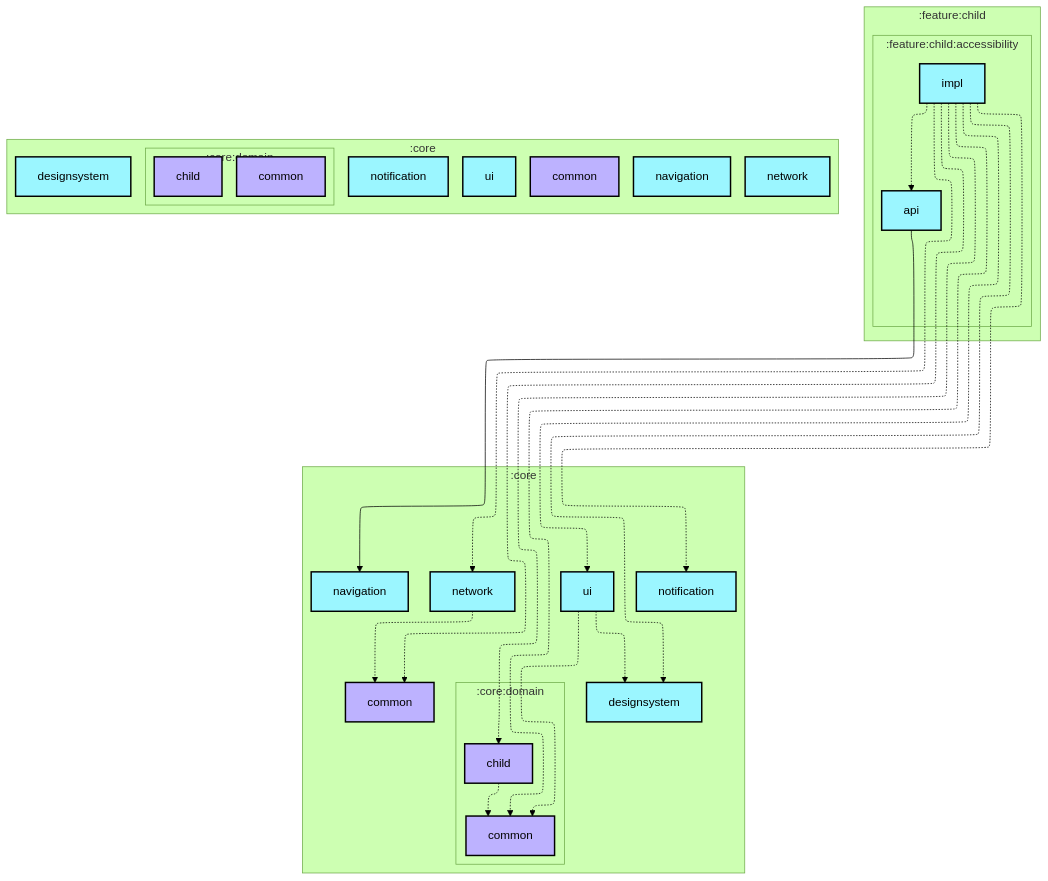
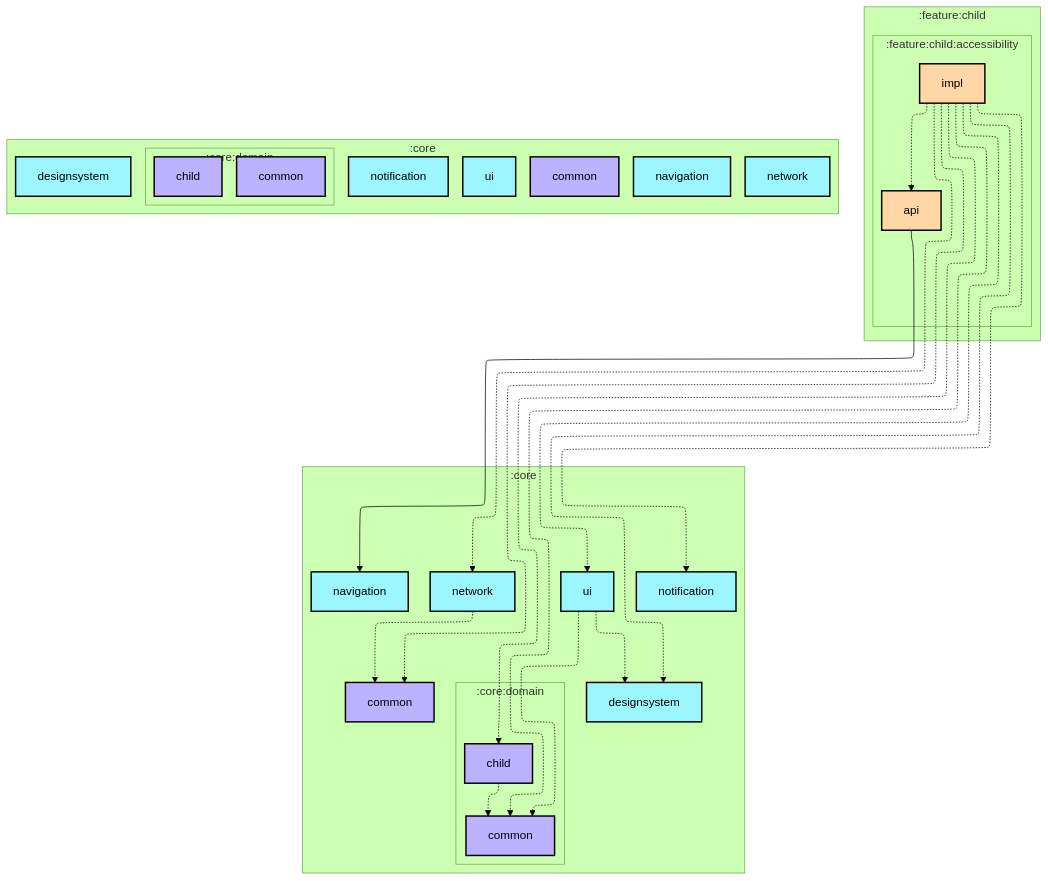
One commit to jadavchirag/jadavchirag changed the first of 2 diagrams in architecture/ParentalControlApps/feature/child/accessibility/impl/README.md. Above: the diagram before and after it, drawn with Mermaid (forest theme). The commit also changed 26 other files, not shown here.

Commit message:
fixed feature module colors in graphs

````diff
--- a/architecture/ParentalControlApps/feature/child/accessibility/impl/README.md
+++ b/architecture/ParentalControlApps/feature/child/accessibility/impl/README.md
@@ -6,55 +6,55 @@
 ```mermaid
 ---
 config:
   layout: elk
   elk:
     nodePlacementStrategy: SIMPLE
 ---
 graph TB
   subgraph :feature:child
     direction TB
     subgraph :feature:child:accessibility
       direction TB
-      :feature:child:accessibility:api[api]:::android-library
-      :feature:child:accessibility:impl[impl]:::android-library
+      :feature:child:accessibility:api[api]:::android-feature
+      :feature:child:accessibility:impl[impl]:::android-feature
     end
   end
   subgraph :core
     direction TB
     :core:common[common]:::jvm-library
     :core:designsystem[designsystem]:::android-library
     :core:navigation[navigation]:::android-library
     :core:network[network]:::android-library
     :core:notification[notification]:::android-library
     :core:ui[ui]:::android-library
   end
   subgraph :core
     direction TB
     subgraph :core:domain
       direction TB
       :core:domain:child[child]:::jvm-library
       :core:domain:common[common]:::jvm-library
     end
   end
 
   :core:domain:child -.-> :core:domain:common
   :core:network -.-> :core:common
   :core:ui -.-> :core:designsystem
   :core:ui -.-> :core:domain:common
   :feature:child:accessibility:api --> :core:navigation
   :feature:child:accessibility:impl -.-> :core:common
   :feature:child:accessibility:impl -.-> :core:designsystem
   :feature:child:accessibility:impl -.-> :core:domain:child
   :feature:child:accessibility:impl -.-> :core:domain:common
   :feature:child:accessibility:impl -.-> :core:network
   :feature:child:accessibility:impl -.-> :core:notification
   :feature:child:accessibility:impl -.-> :core:ui
   :feature:child:accessibility:impl -.-> :feature:child:accessibility:api
 
 classDef android-application fill:#CAFFBF,stroke:#000,stroke-width:2px,color:#000;
 classDef android-feature fill:#FFD6A5,stroke:#000,stroke-width:2px,color:#000;
 classDef android-library fill:#9BF6FF,stroke:#000,stroke-width:2px,color:#000;
 classDef android-test fill:#A0C4FF,stroke:#000,stroke-width:2px,color:#000;
 classDef jvm-library fill:#BDB2FF,stroke:#000,stroke-width:2px,color:#000;
 classDef unknown fill:#FFADAD,stroke:#000,stroke-width:2px,color:#000;
 ```
````
